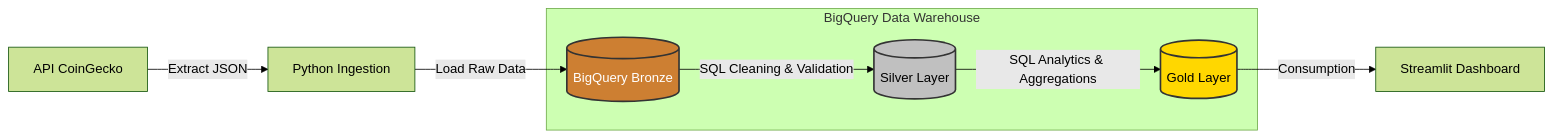
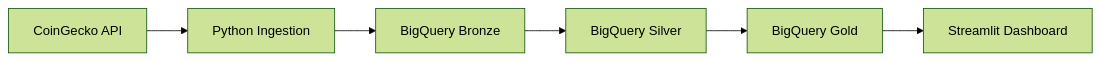
The diagram in README.md (Henrique416148/cloud-data-pipeline), drawn with Mermaid (forest theme) before and after one commit. The commit also changed other lines of this file, not shown here.

````diff
--- a/README.md
+++ b/README.md
@@ -26,16 +27,16 @@
 ```mermaid
-graph LR
-    A[API CoinGecko] -->|Extract JSON| B[Python Ingestion]
-    B -->|Load Raw Data| C[(BigQuery Bronze)]
-    
-    subgraph BigQuery Data Warehouse
-        C -->|SQL Cleaning & Validation| D[(Silver Layer)]
-        D -->|SQL Analytics & Aggregations| E[(Gold Layer)]
-    end
+flowchart LR
+    A[CoinGecko API]
+    B[Python Ingestion]
+    C[BigQuery Bronze]
+    D[BigQuery Silver]
+    E[BigQuery Gold]
+    F[Streamlit Dashboard]
 
-    E -->|Consumption| F[Streamlit Dashboard]
+    A --> B
+    B --> C
+    C --> D
+    D --> E
+    E --> F
 
-    style C fill:#cd7f32,stroke:#333,stroke-width:2px,color:white
-    style D fill:#c0c0c0,stroke:#333,stroke-width:2px,color:black
-    style E fill:#ffd700,stroke:#333,stroke-width:2px,color:black
 ```
````
